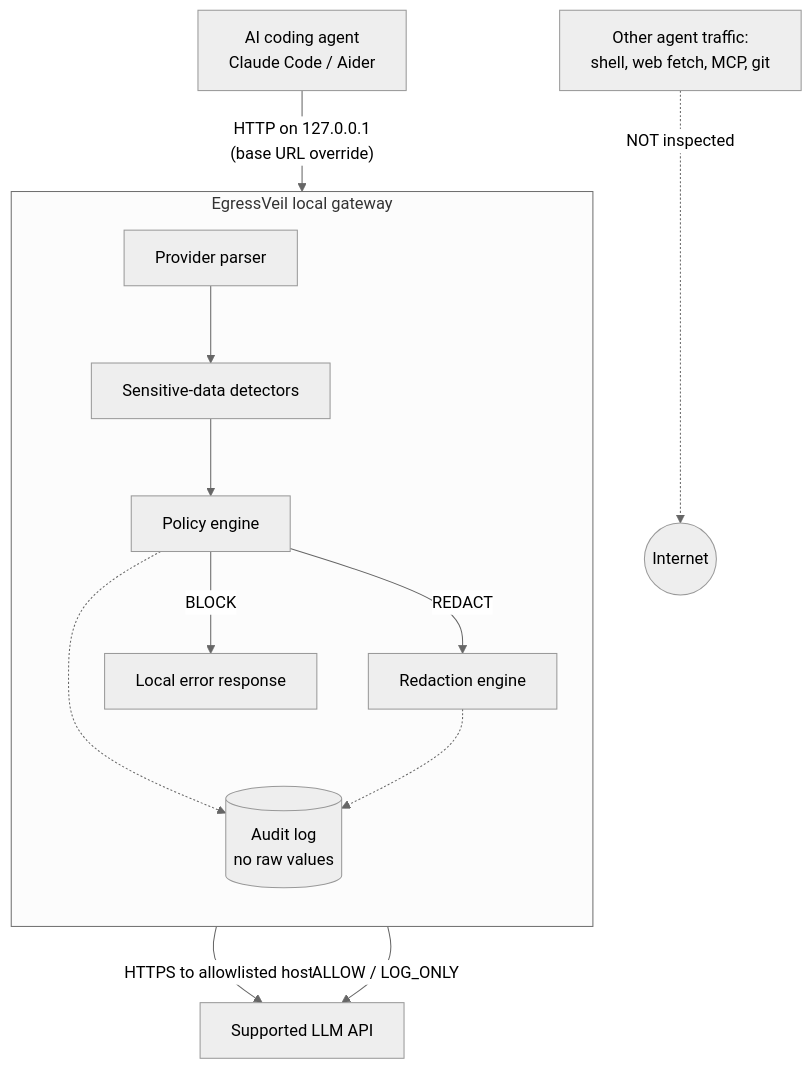
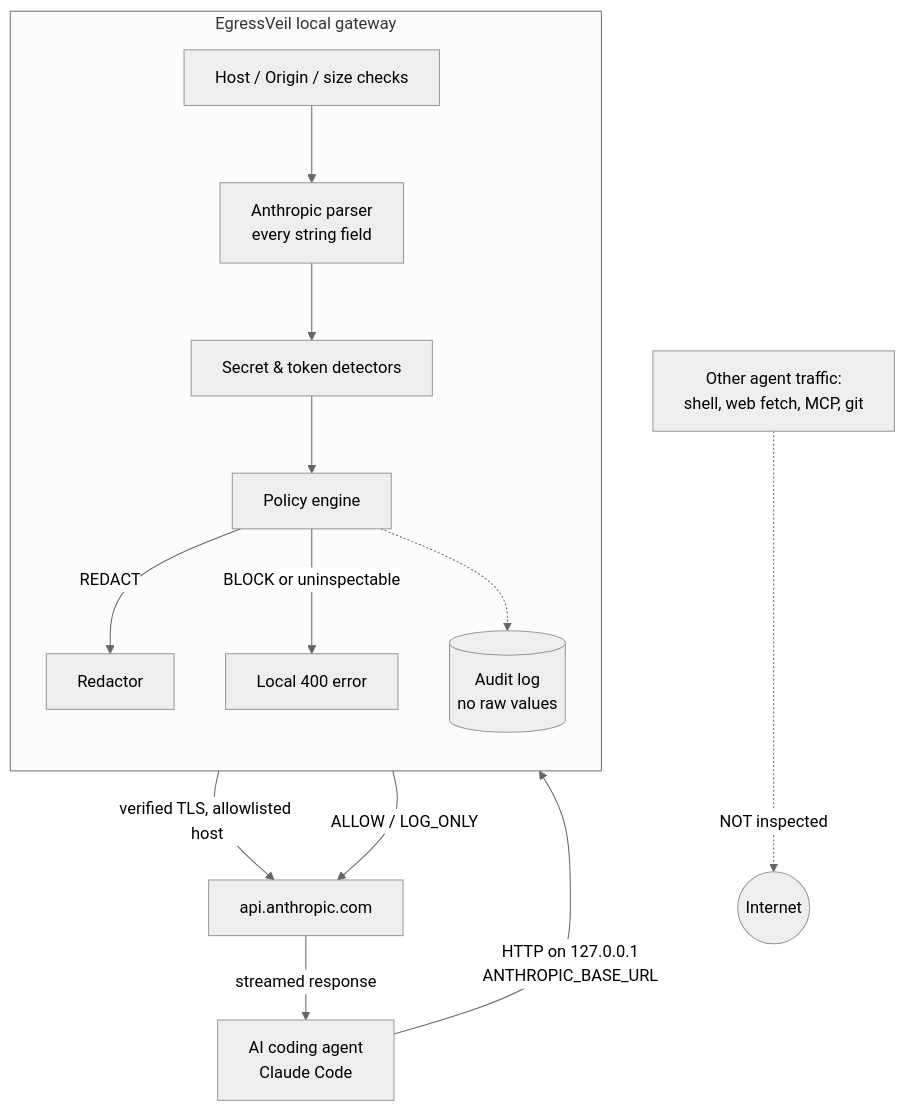
Before and after one commit to qmmughal/egressveil: the diagram in README.md, drawn with Mermaid (neutral theme). The commit also changed other lines of this file and 28 other files, not shown here.

First line of the commit message:
feat: Phase 1 Claude Code gateway

````diff
--- a/README.md
+++ b/README.md
@@ -77,19 +120,20 @@
 ```mermaid
 flowchart TD
-    A[AI coding agent<br/>Claude Code / Aider] -->|"HTTP on 127.0.0.1<br/>(base URL override)"| G
+    A[AI coding agent<br/>Claude Code] -->|"HTTP on 127.0.0.1<br/>ANTHROPIC_BASE_URL"| G
 
     subgraph G[EgressVeil local gateway]
         direction TB
-        P[Provider parser] --> D[Sensitive-data detectors]
+        H[Host / Origin / size checks] --> P[Anthropic parser<br/>every string field]
+        P --> D[Secret & token detectors]
         D --> E[Policy engine]
-        E -->|REDACT| R[Redaction engine]
-        E -->|BLOCK| X[Local error response]
+        E -->|REDACT| R[Redactor]
+        E -->|BLOCK or uninspectable| X[Local 400 error]
         E -.-> L[(Audit log<br/>no raw values)]
-        R -.-> L
     end
 
-    R -->|HTTPS to allowlisted host| U[Supported LLM API]
+    R -->|verified TLS, allowlisted host| U[api.anthropic.com]
     E -->|ALLOW / LOG_ONLY| U
+    U -->|streamed response| A
 
     T[Other agent traffic:<br/>shell, web fetch, MCP, git] -. "NOT inspected" .-> I((Internet))
 ```
````
